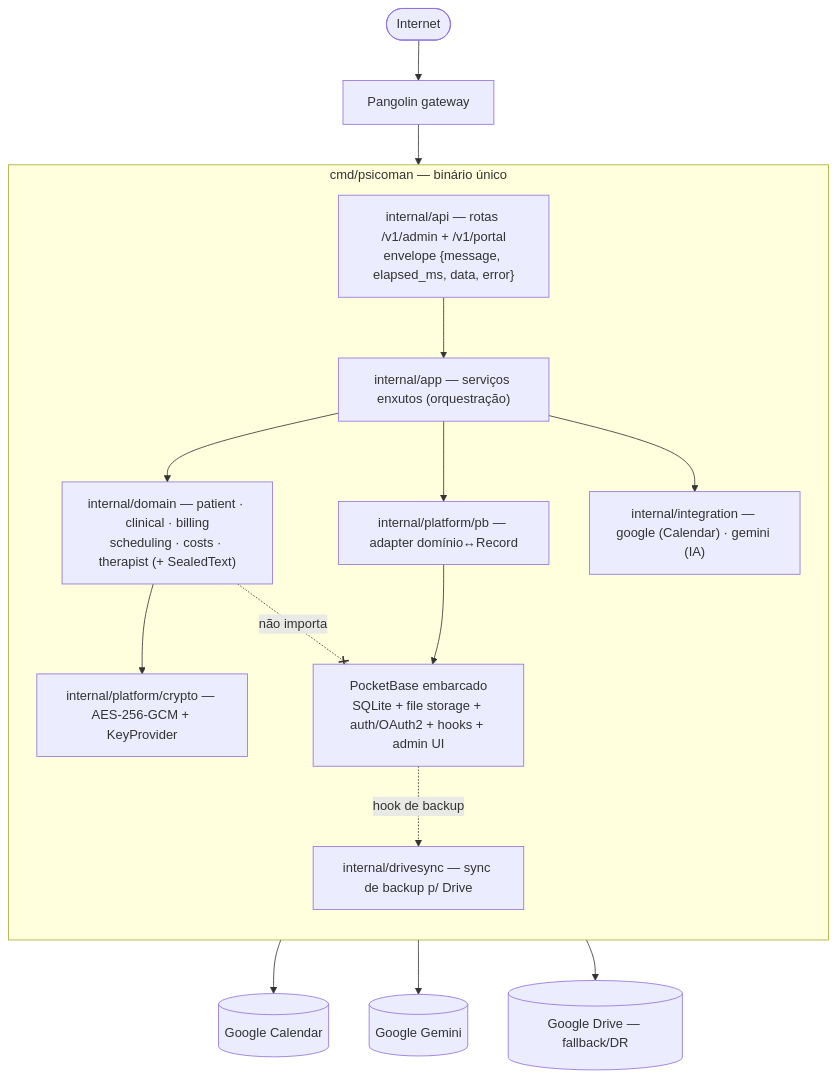
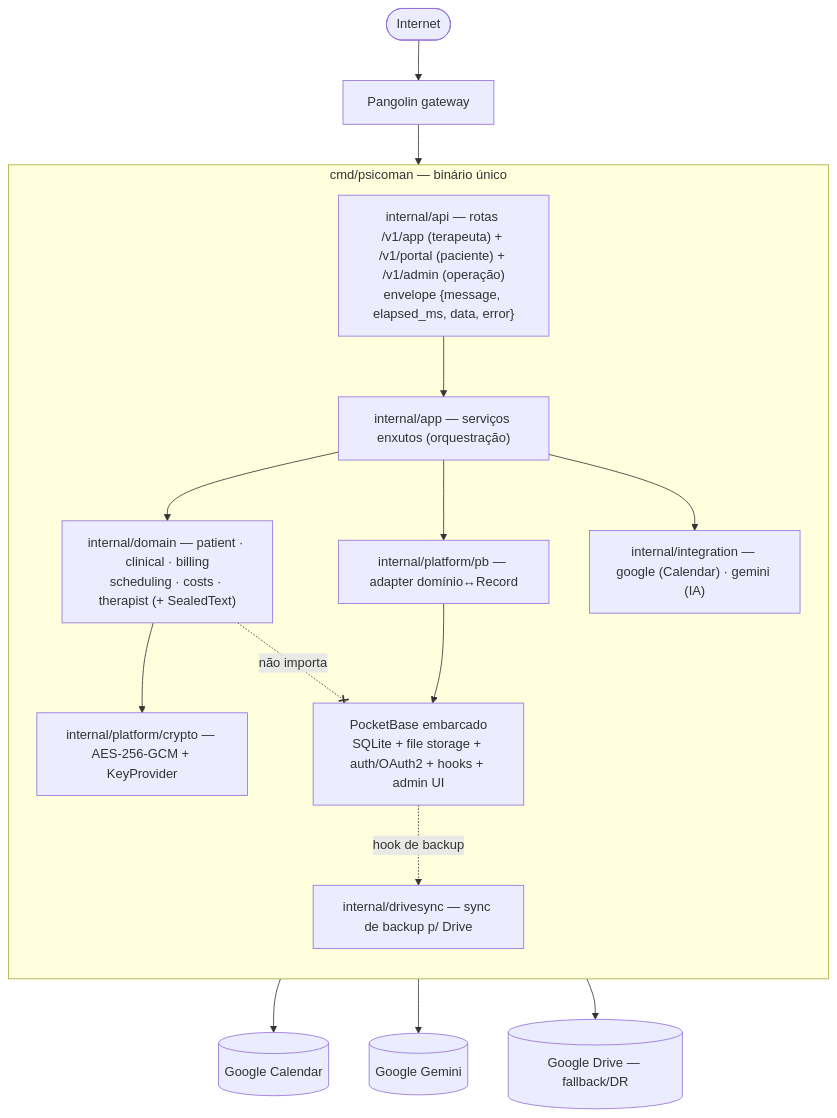
Before and after one commit to RafaelFino/psicoman: the first of 2 diagrams in .kiro/specs/pocketbase-core/design.md, drawn with Mermaid. The commit also changed other lines of this file and 3 other files, not shown here.

````diff
--- a/.kiro/specs/pocketbase-core/design.md
+++ b/.kiro/specs/pocketbase-core/design.md
@@ -28,31 +28,31 @@
 ```mermaid
 flowchart TB
     internet([Internet]) --> pangolin[Pangolin gateway]
     pangolin --> bin
 
     subgraph bin[cmd/psicoman — binário único]
         direction TB
-        api["internal/api — rotas /v1/admin + /v1/portal\nenvelope {message, elapsed_ms, data, error}"]
+        api["internal/api — rotas /v1/app (terapeuta) + /v1/portal (paciente) + /v1/admin (operação)\nenvelope {message, elapsed_ms, data, error}"]
         app["internal/app — serviços enxutos (orquestração)"]
         domain["internal/domain — patient · clinical · billing\nscheduling · costs · therapist (+ SealedText)"]
         crypto["internal/platform/crypto — AES-256-GCM + KeyProvider"]
         pb["internal/platform/pb — adapter domínio↔Record"]
         integ["internal/integration — google (Calendar) · gemini (IA)"]
         drv["internal/drivesync — sync de backup p/ Drive"]
         pbcore["PocketBase embarcado\nSQLite + file storage + auth/OAuth2 + hooks + admin UI"]
 
         api --> app
         app --> domain
         app --> pb
         domain --> crypto
         pb --> pbcore
         app --> integ
         pbcore -. hook de backup .-> drv
     end
 
     integ --> gcal[(Google Calendar)]
     integ --> gem[(Google Gemini)]
     drv --> gdrive[(Google Drive — fallback/DR)]
 
     domain -. não importa .-x pbcore
 ```
````
